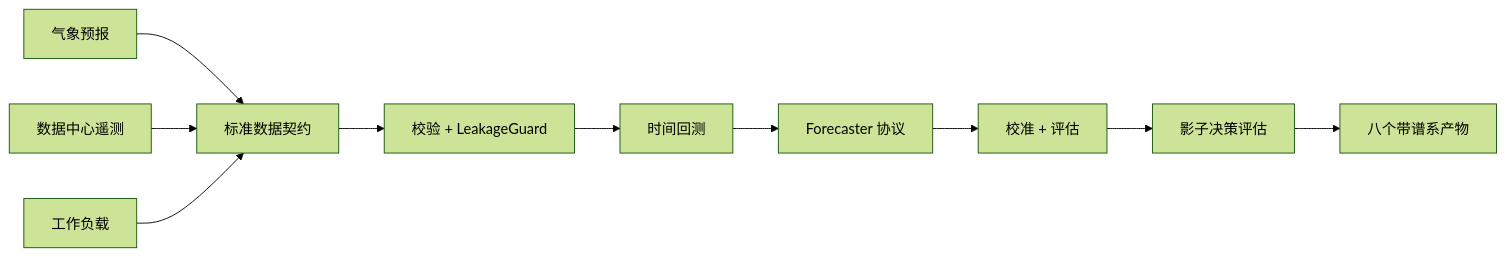
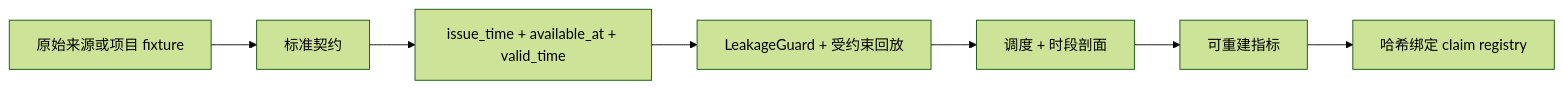
Before and after one commit to Hai-qq/climadc: the diagram in README.zh-CN.md, drawn with Mermaid (forest theme). The commit also changed other lines of this file and 35 other files, not shown here.

````diff
--- a/README.zh-CN.md
+++ b/README.zh-CN.md
@@ -23,12 +30,9 @@
 ```mermaid
 flowchart LR
-    A["气象预报"] --> D["标准数据契约"]
-    B["数据中心遥测"] --> D
-    C["工作负载"] --> D
-    D --> E["校验 + LeakageGuard"]
-    E --> F["时间回测"]
-    F --> G["Forecaster 协议"]
-    G --> H["校准 + 评估"]
-    H --> I["影子决策评估"]
-    I --> J["八个带谱系产物"]
+    A["原始来源或项目 fixture"] --> B["标准契约"]
+    B --> C["issue_time + available_at + valid_time"]
+    C --> D["LeakageGuard + 受约束回放"]
+    D --> E["调度 + 时段剖面"]
+    E --> F["可重建指标"]
+    F --> G["哈希绑定 claim registry"]
 ```
````
